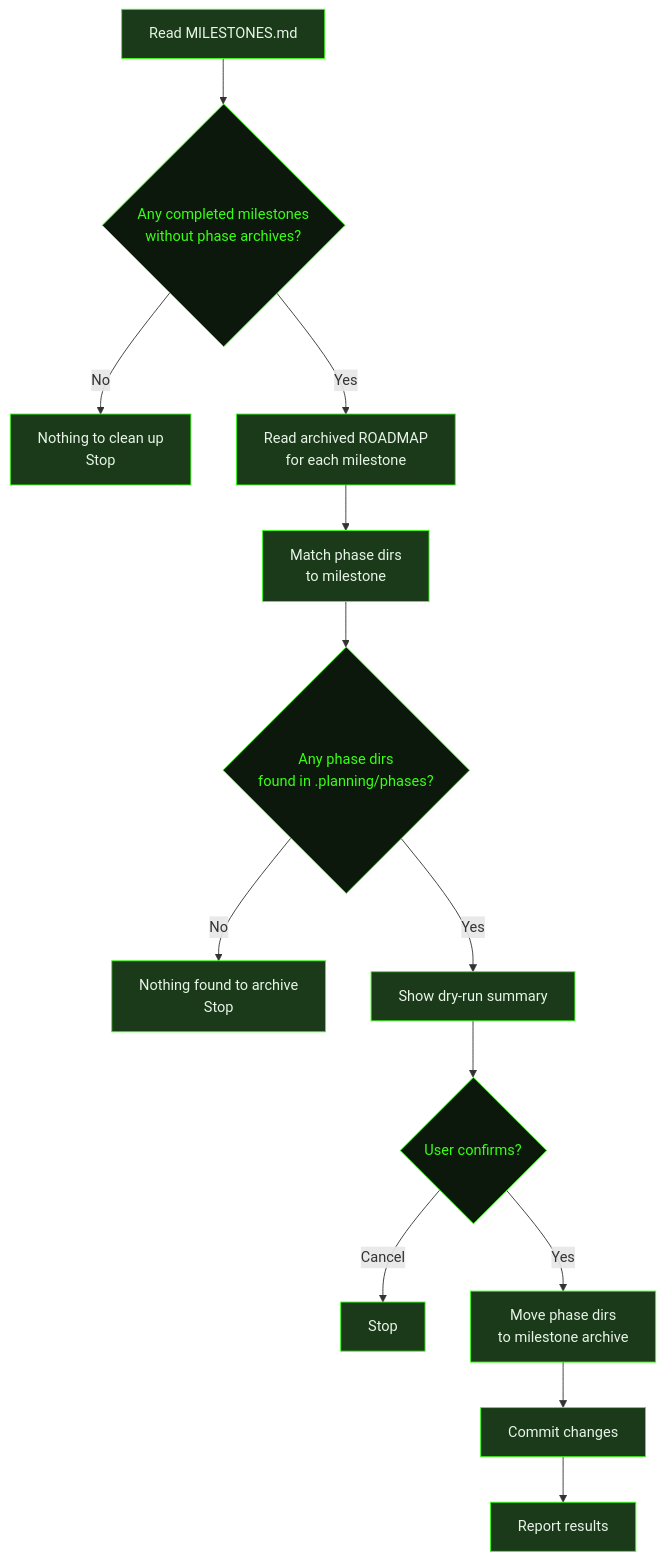
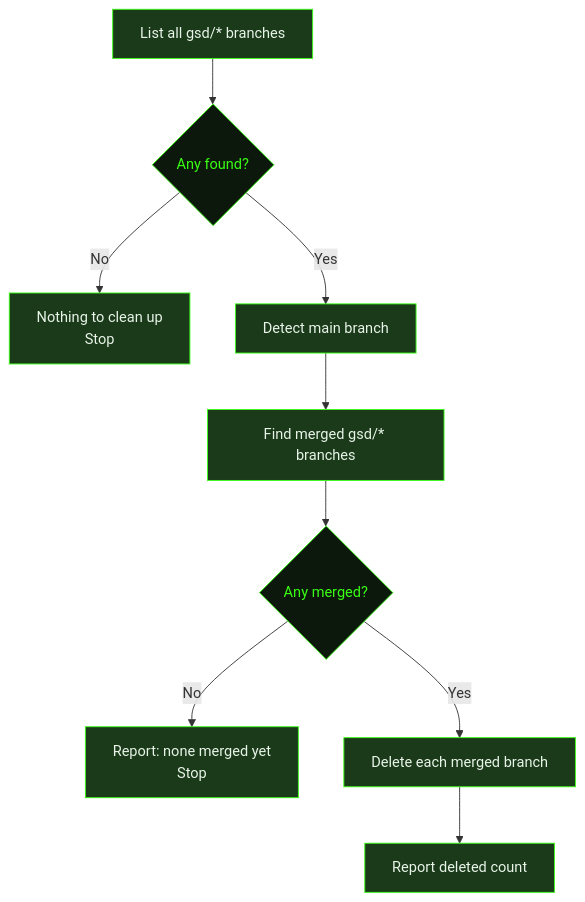
Before and after one commit to shusha-group/gsd2-guide: the first of 2 diagrams in src/content/docs/commands/cleanup.mdx, drawn with Mermaid. The commit also changed other lines of this file and 12 other files, not shown here.

````diff
--- a/src/content/docs/commands/cleanup.mdx
+++ b/src/content/docs/commands/cleanup.mdx
@@ -24,29 +36,21 @@
 ```mermaid
 flowchart TD
-    A[Read MILESTONES.md] --> B{Any completed milestones\nwithout phase archives?}
+    A[List all gsd/* branches] --> B{Any found?}
     B -- No --> C[Nothing to clean up\nStop]
-    B -- Yes --> D[Read archived ROADMAP\nfor each milestone]
-    D --> E[Match phase dirs\nto milestone]
-    E --> F{Any phase dirs\nfound in .planning/phases?}
-    F -- No --> G[Nothing found to archive\nStop]
-    F -- Yes --> H[Show dry-run summary]
-    H --> I{User confirms?}
-    I -- Cancel --> J[Stop]
-    I -- Yes --> K[Move phase dirs\nto milestone archive]
-    K --> L[Commit changes]
-    L --> M[Report results]
+    B -- Yes --> D[Detect main branch]
+    D --> E[Find merged gsd/* branches]
+    E --> F{Any merged?}
+    F -- No --> G[Report: none merged yet\nStop]
+    F -- Yes --> H[Delete each merged branch]
+    H --> I[Report deleted count]
 
     style A fill:#1a3a1a,stroke:#39ff14,color:#e8f4e8
     style B fill:#0d180d,stroke:#39ff14,color:#39ff14
     style C fill:#1a3a1a,stroke:#39ff14,color:#e8f4e8
     style D fill:#1a3a1a,stroke:#39ff14,color:#e8f4e8
     style E fill:#1a3a1a,stroke:#39ff14,color:#e8f4e8
     style F fill:#0d180d,stroke:#39ff14,color:#39ff14
     style G fill:#1a3a1a,stroke:#39ff14,color:#e8f4e8
     style H fill:#1a3a1a,stroke:#39ff14,color:#e8f4e8
-    style I fill:#0d180d,stroke:#39ff14,color:#39ff14
-    style J fill:#1a3a1a,stroke:#39ff14,color:#e8f4e8
-    style K fill:#1a3a1a,stroke:#39ff14,color:#e8f4e8
-    style L fill:#1a3a1a,stroke:#39ff14,color:#e8f4e8
-    style M fill:#1a3a1a,stroke:#39ff14,color:#e8f4e8
+    style I fill:#1a3a1a,stroke:#39ff14,color:#e8f4e8
 ```
````
